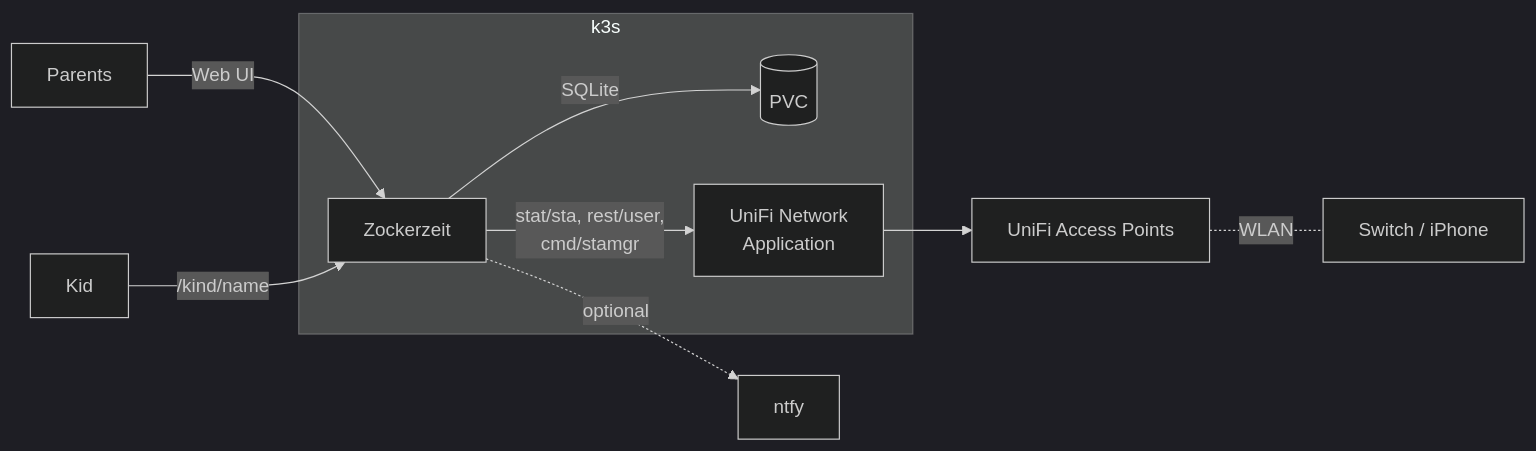
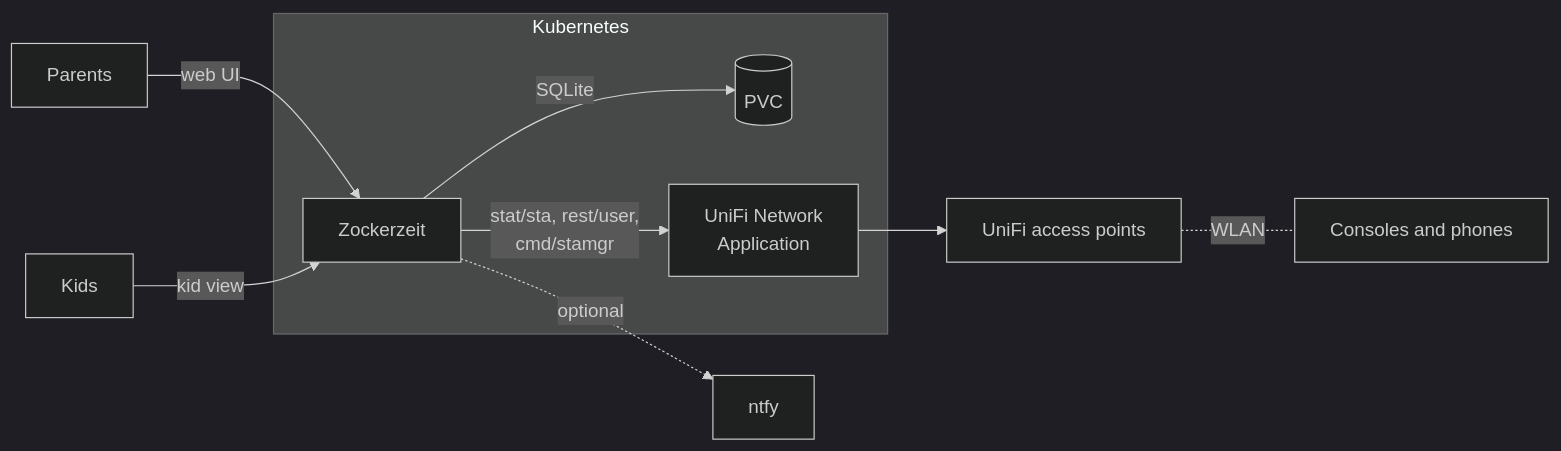
Before and after one commit to slauger/zockerzeit: the diagram in README.md, drawn with Mermaid (dark theme). The commit also changed other lines of this file and 15 other files, not shown here.

````diff
--- a/README.md
+++ b/README.md
@@ -20,12 +35,12 @@
 ```mermaid
 flowchart LR
-    subgraph k3s
+    subgraph Kubernetes
         ZZ[Zockerzeit] -->|SQLite| PVC[(PVC)]
         ZZ -->|stat/sta, rest/user,<br>cmd/stamgr| UC[UniFi Network<br>Application]
     end
-    UC --> AP[UniFi Access Points]
-    AP -. WLAN .- SW[Switch / iPhone]
-    P[Parents] -->|Web UI| ZZ
-    K[Kid] -->|/kind/name| ZZ
+    UC --> AP[UniFi access points]
+    AP -. WLAN .- D[Consoles and phones]
+    P[Parents] -->|web UI| ZZ
+    K[Kids] -->|kid view| ZZ
     ZZ -.->|optional| N[ntfy]
 ```
````
